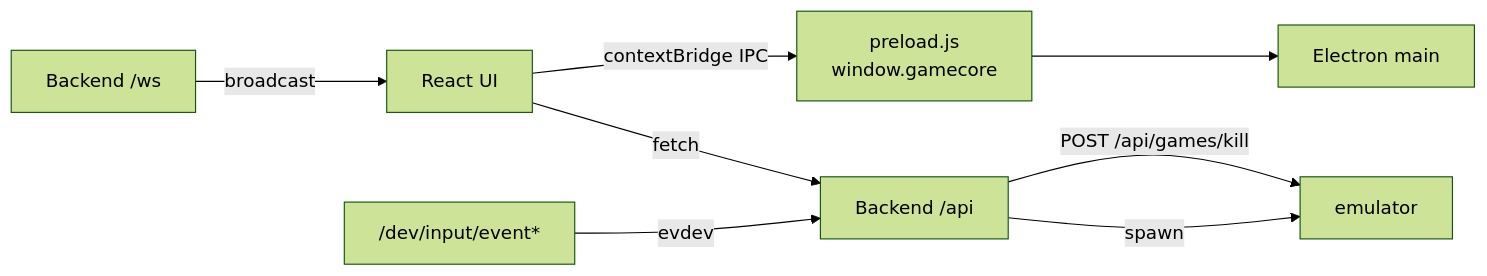
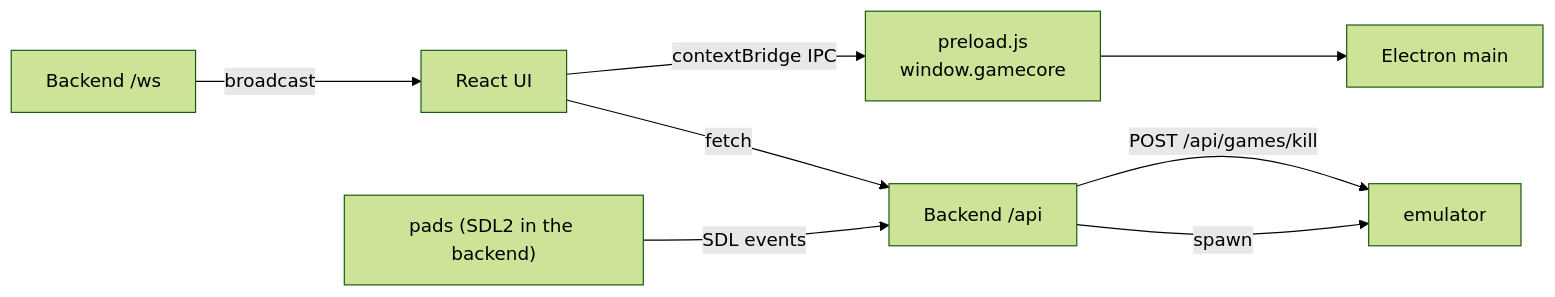
One commit to p4v1c/GamecoreWindows changed the third of 3 diagrams in docs/architecture/01-runtime-topology.md. Above: the diagram before and after it, drawn with Mermaid (forest theme). The commit also changed 34 other files, not shown here.

First line of the commit message:
feat(pads): read every pad through SDL2 in the backend

````diff
--- a/docs/architecture/01-runtime-topology.md
+++ b/docs/architecture/01-runtime-topology.md
@@ -133,17 +133,17 @@
 ```mermaid
 flowchart LR
     ui["React UI"]
     pre["preload.js<br/>window.gamecore"]
     main["Electron main"]
     api["Backend /api"]
     ws["Backend /ws"]
     emu["emulator"]
-    ev["/dev/input/event*"]
+    ev["pads (SDL2 in the backend)"]
 
     ui -->|fetch| api
     ws -->|broadcast| ui
     ui -->|contextBridge IPC| pre --> main
     api -->|spawn| emu
-    ev -->|evdev| api
+    ev -->|SDL events| api
     api -->|"POST /api/games/kill"| emu
 ```
````
